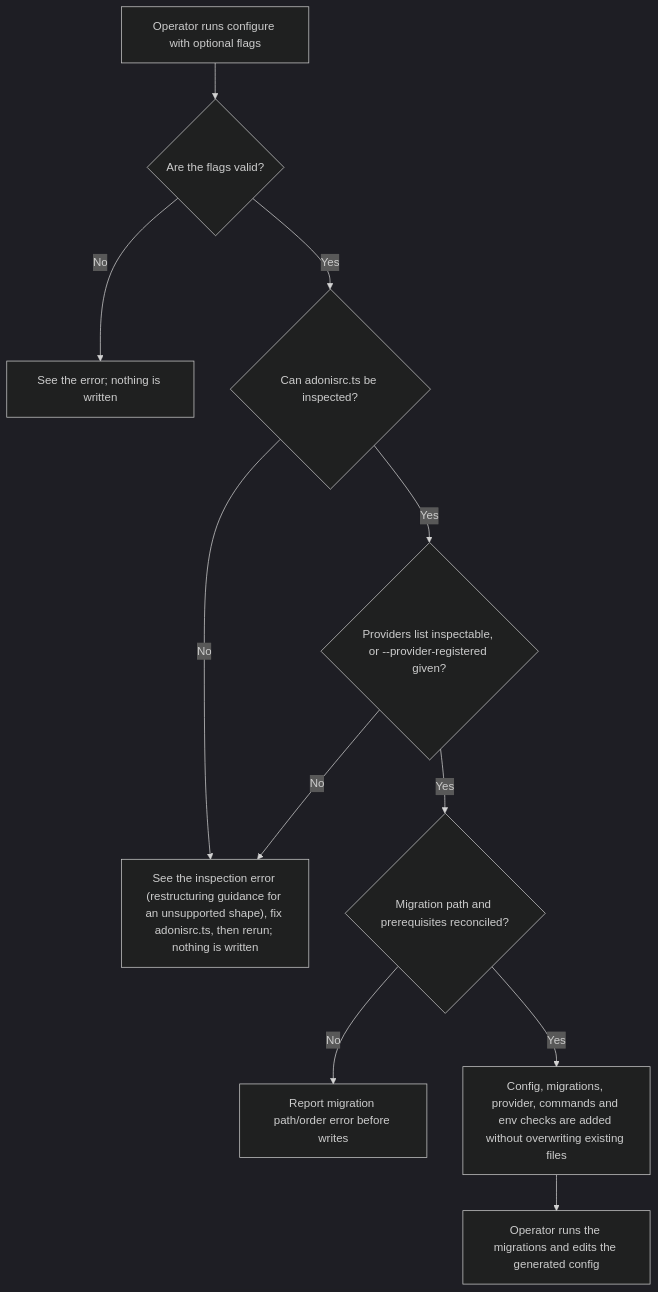
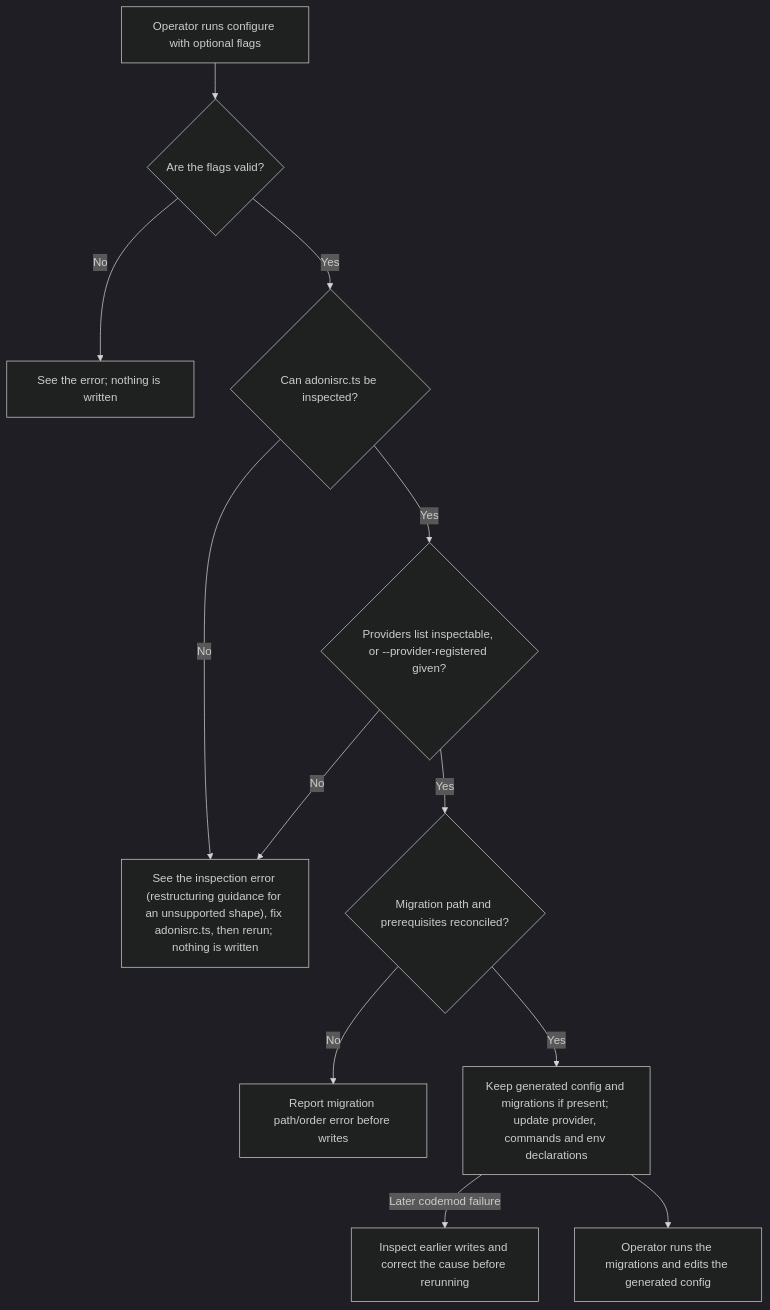
Before and after one commit to Kevinjohn/oss-adonisjs-account-kit: the first of 2 diagrams in user-stories/US-ACCOUNT-60-install-account-kit-package.md, drawn with Mermaid (dark theme). The commit also changed other lines of this file and 42 other files, not shown here.

````diff
--- a/user-stories/US-ACCOUNT-60-install-account-kit-package.md
+++ b/user-stories/US-ACCOUNT-60-install-account-kit-package.md
@@ -29,13 +30,14 @@
 ```mermaid
 flowchart TD
     A["Operator runs configure with optional flags"] --> B{"Are the flags valid?"}
     B -->|No| C["See the error; nothing is written"]
     B -->|Yes| D{"Can adonisrc.ts be inspected?"}
     D -->|No| E["See the inspection error (restructuring guidance for an unsupported shape), fix adonisrc.ts, then rerun; nothing is written"]
     D -->|Yes| P{"Providers list inspectable, or --provider-registered given?"}
     P -->|No| E
     P -->|Yes| M{"Migration path and prerequisites reconciled?"}
     M -->|No| E2["Report migration path/order error before writes"]
-    M -->|Yes| F["Config, migrations, provider, commands and env checks are added without overwriting existing files"]
+    M -->|Yes| F["Keep generated config and migrations if present; update provider, commands and env declarations"]
+    F -->|Later codemod failure| X["Inspect earlier writes and correct the cause before rerunning"]
     F --> G["Operator runs the migrations and edits the generated config"]
 ```
````
